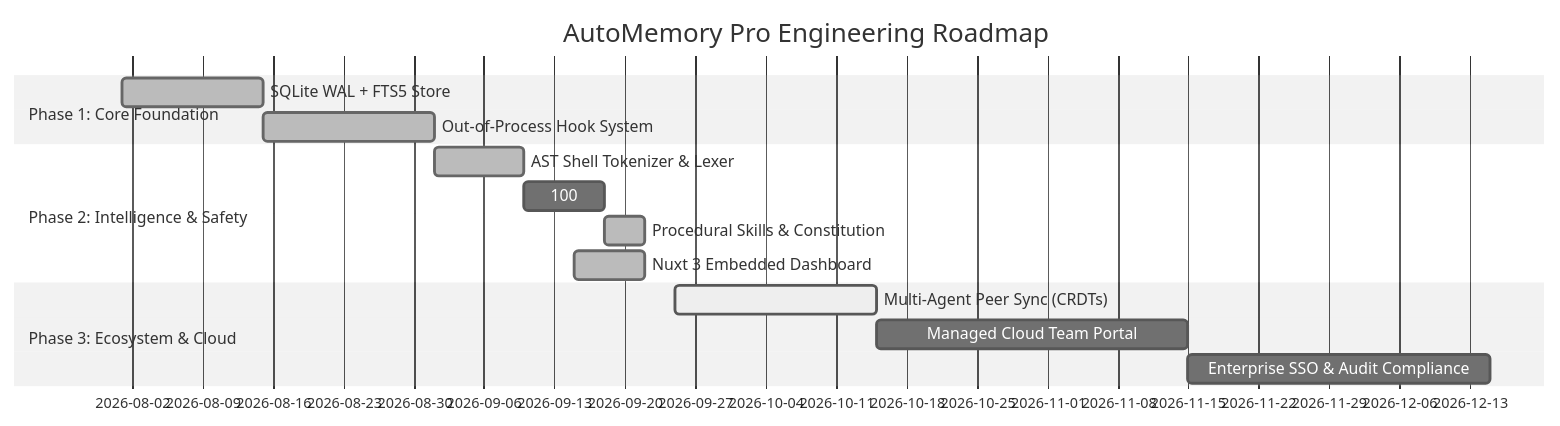
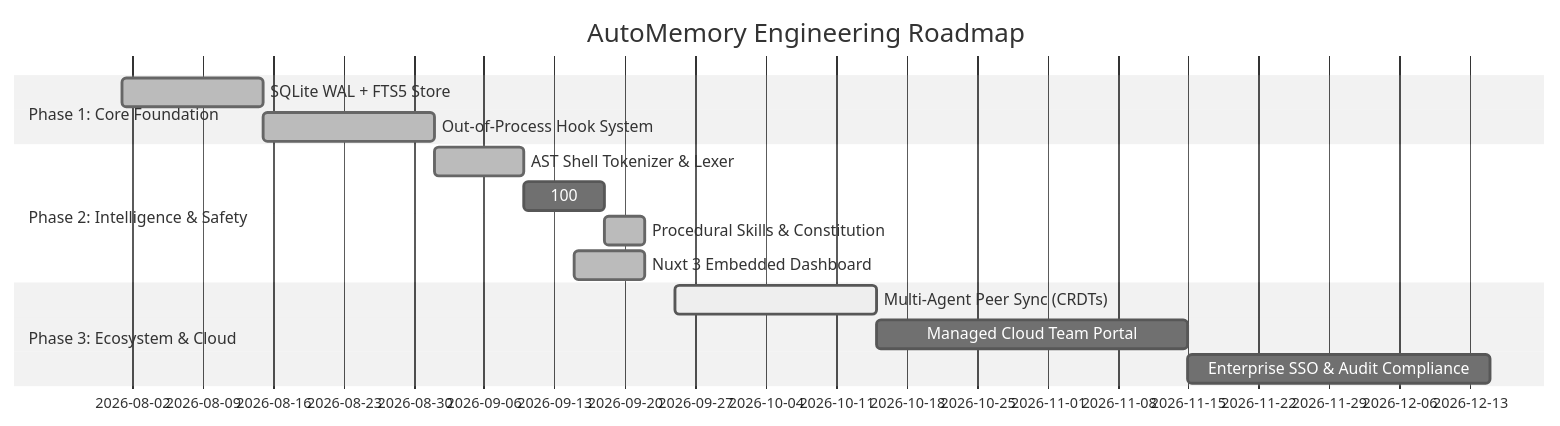
One commit to theasmat/automemory changed the diagram in .report/targets_and_benchmarks.md. Above: the diagram before and after it, drawn with Mermaid (neutral theme). The commit also changed other lines of this file and 100 other files, not shown here.

Commit message:
chore(branding): standardize product naming to AutoMemory across all crates, clients, and docs

````diff
--- a/.report/targets_and_benchmarks.md
+++ b/.report/targets_and_benchmarks.md
@@ -56,17 +56,17 @@
 ```mermaid
 gantt
-    title AutoMemory Pro Engineering Roadmap
+    title AutoMemory Engineering Roadmap
     dateFormat  YYYY-MM-DD
     section Phase 1: Core Foundation
     SQLite WAL + FTS5 Store          :done, 2026-08-01, 2026-08-15
     Out-of-Process Hook System       :done, 2026-08-15, 2026-09-01
     section Phase 2: Intelligence & Safety
     AST Shell Tokenizer & Lexer      :done, 2026-09-01, 2026-09-10
     100:1 Trajectory Distillation     :done, 2026-09-10, 2026-09-18
     Procedural Skills & Constitution  :done, 2026-09-18, 2026-09-22
     Nuxt 3 Embedded Dashboard        :done, 2026-09-15, 2026-09-22
     section Phase 3: Ecosystem & Cloud
     Multi-Agent Peer Sync (CRDTs)    :active, 2026-09-25, 2026-10-15
     Managed Cloud Team Portal        :2026-10-15, 2026-11-15
     Enterprise SSO & Audit Compliance:2026-11-15, 2026-12-15
 ```
````
